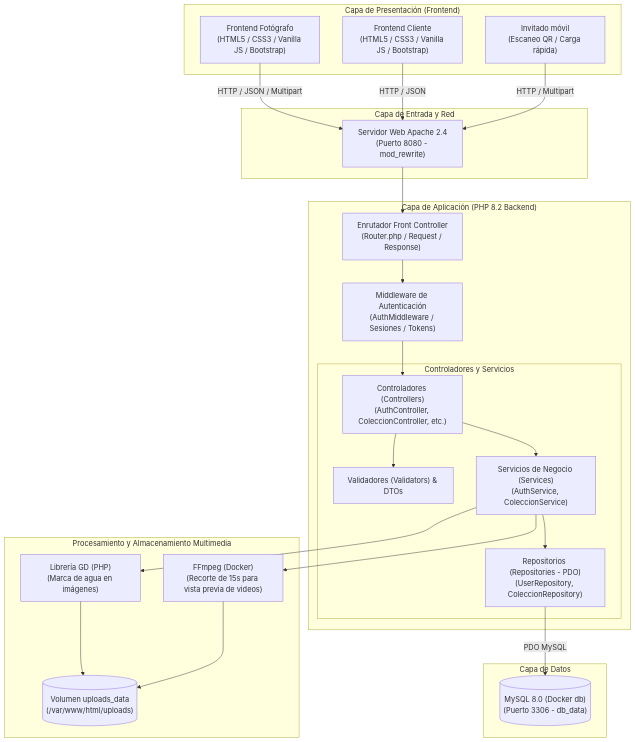
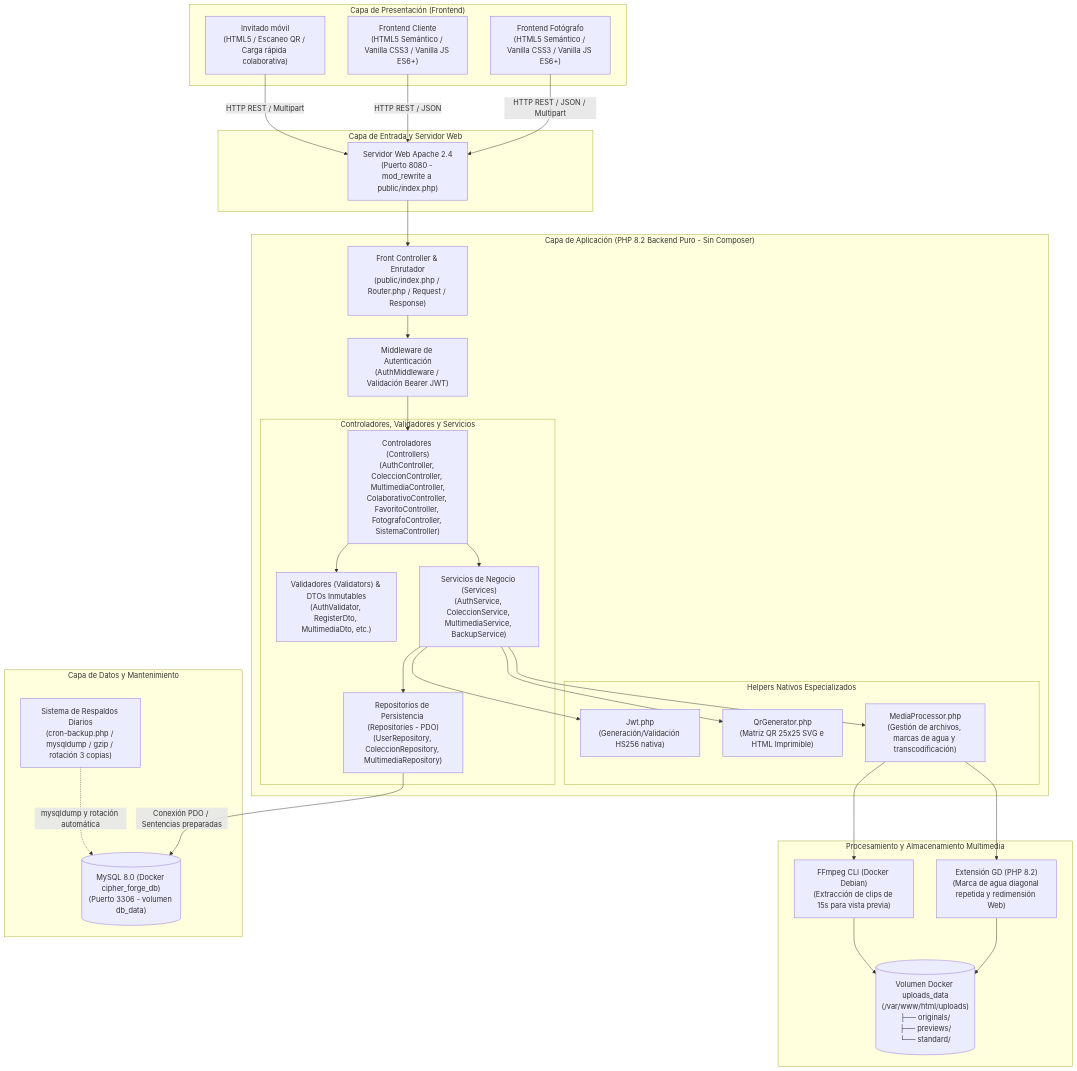
One commit to NicolasNegretto7/Cipher_Forge changed the first of 4 diagrams in Gestion-fotografias/docs/02-modelado.md. Above: the diagram before and after it, drawn with Mermaid. The commit also changed other lines of this file and 1 other file, not shown here.

Commit message:
docs: add architectural documentation and sprint review summary

````diff
--- a/Gestion-fotografias/docs/02-modelado.md
+++ b/Gestion-fotografias/docs/02-modelado.md
@@ -11,51 +11,64 @@
 ```mermaid
 graph TD
     subgraph Clientes ["Capa de Presentación (Frontend)"]
-        FC["Frontend Fotógrafo\n(HTML5 / CSS3 / Vanilla JS / Bootstrap)"]
-        FU["Frontend Cliente\n(HTML5 / CSS3 / Vanilla JS / Bootstrap)"]
-        INV["Invitado móvil\n(Escaneo QR / Carga rápida)"]
+        FC["Frontend Fotógrafo\n(HTML5 Semántico / Vanilla CSS3 / Vanilla JS ES6+)"]
+        FU["Frontend Cliente\n(HTML5 Semántico / Vanilla CSS3 / Vanilla JS ES6+)"]
+        INV["Invitado móvil\n(HTML5 / Escaneo QR / Carga rápida colaborativa)"]
     end
 
-    subgraph Red ["Capa de Entrada y Red"]
-        APACHE["Servidor Web Apache 2.4\n(Puerto 8080 - mod_rewrite)"]
+    subgraph Red ["Capa de Entrada y Servidor Web"]
+        APACHE["Servidor Web Apache 2.4\n(Puerto 8080 - mod_rewrite a public/index.php)"]
     end
 
-    subgraph Backend ["Capa de Aplicación (PHP 8.2 Backend)"]
-        ROUTER["Enrutador Front Controller\n(Router.php / Request / Response)"]
-        AUTH_MID["Middleware de Autenticación\n(AuthMiddleware / Sesiones / Tokens)"]
+    subgraph Backend ["Capa de Aplicación (PHP 8.2 Backend Puro - Sin Composer)"]
+        ROUTER["Front Controller & Enrutador\n(public/index.php / Router.php / Request / Response)"]
+        AUTH_MID["Middleware de Autenticación\n(AuthMiddleware / Validación Bearer JWT)"]
         
-        subgraph Modulos ["Controladores y Servicios"]
-            CTRL["Controladores (Controllers)\n(AuthController, ColeccionController, etc.)"]
-            VAL["Validadores (Validators) & DTOs"]
-            SERV["Servicios de Negocio (Services)\n(AuthService, ColeccionService)"]
-            REPO["Repositorios (Repositories - PDO)\n(UserRepository, ColeccionRepository)"]
+        subgraph Modulos ["Controladores, Validadores y Servicios"]
+            CTRL["Controladores (Controllers)\n(AuthController, ColeccionController, MultimediaController,\nColaborativoController, FavoritoController, FotografoController, SistemaController)"]
+            VAL["Validadores (Validators) & DTOs Inmutables\n(AuthValidator, RegisterDto, MultimediaDto, etc.)"]
+            SERV["Servicios de Negocio (Services)\n(AuthService, ColeccionService, MultimediaService, BackupService)"]
+            REPO["Repositorios de Persistencia (Repositories - PDO)\n(UserRepository, ColeccionRepository, MultimediaRepository)"]
+        end
+
+        subgraph HelpersNativos ["Helpers Nativos Especializados"]
+            JWT_HELP["Jwt.php\n(Generación/Validación HS256 nativa)"]
+            QR_HELP["QrGenerator.php\n(Matriz QR 25x25 SVG e HTML Imprimible)"]
+            MEDIA_PROC["MediaProcessor.php\n(Gestión de archivos, marcas de agua y transcodificación)"]
         end
     end
 
     subgraph Multimedia ["Procesamiento y Almacenamiento Multimedia"]
-        GD["Librería GD (PHP)\n(Marca de agua en imágenes)"]
-        FFMPEG["FFmpeg (Docker)\n(Recorte de 15s para vista previa de videos)"]
-        FS[("Volumen uploads_data\n(/var/www/html/uploads)")]
+        GD["Extensión GD (PHP 8.2)\n(Marca de agua diagonal repetida y redimensión Web)"]
+        FFMPEG["FFmpeg CLI (Docker Debian)\n(Extracción de clips de 15s para vista previa)"]
+        FS[("Volumen Docker uploads_data\n(/var/www/html/uploads)\n├── originals/\n├── previews/\n└── standard/")]
     end
 
-    subgraph Persistencia ["Capa de Datos"]
-        MYSQL[("MySQL 8.0 (Docker db)\n(Puerto 3306 - db_data)")]
+    subgraph Persistencia ["Capa de Datos y Mantenimiento"]
+        MYSQL[("MySQL 8.0 (Docker cipher_forge_db)\n(Puerto 3306 - volumen db_data)")]
+        BACKUP["Sistema de Respaldos Diarios\n(cron-backup.php / mysqldump / gzip / rotación 3 copias)"]
     end
 
-    FC -->|HTTP / JSON / Multipart| APACHE
-    FU -->|HTTP / JSON| APACHE
-    INV -->|HTTP / Multipart| APACHE
+    FC -->|HTTP REST / JSON / Multipart| APACHE
+    FU -->|HTTP REST / JSON| APACHE
+    INV -->|HTTP REST / Multipart| APACHE
     
     APACHE --> ROUTER
     ROUTER --> AUTH_MID
     AUTH_MID --> CTRL
     CTRL --> VAL
     CTRL --> SERV
     SERV --> REPO
-    SERV --> GD
-    SERV --> FFMPEG
+    
+    SERV --> JWT_HELP
+    SERV --> QR_HELP
+    SERV --> MEDIA_PROC
+    
+    MEDIA_PROC --> GD
+    MEDIA_PROC --> FFMPEG
     
     GD --> FS
     FFMPEG --> FS
-    REPO -->|PDO MySQL| MYSQL
+    REPO -->|Conexión PDO / Sentencias preparadas| MYSQL
+    BACKUP -.->|mysqldump y rotación automática| MYSQL
 ```
````
